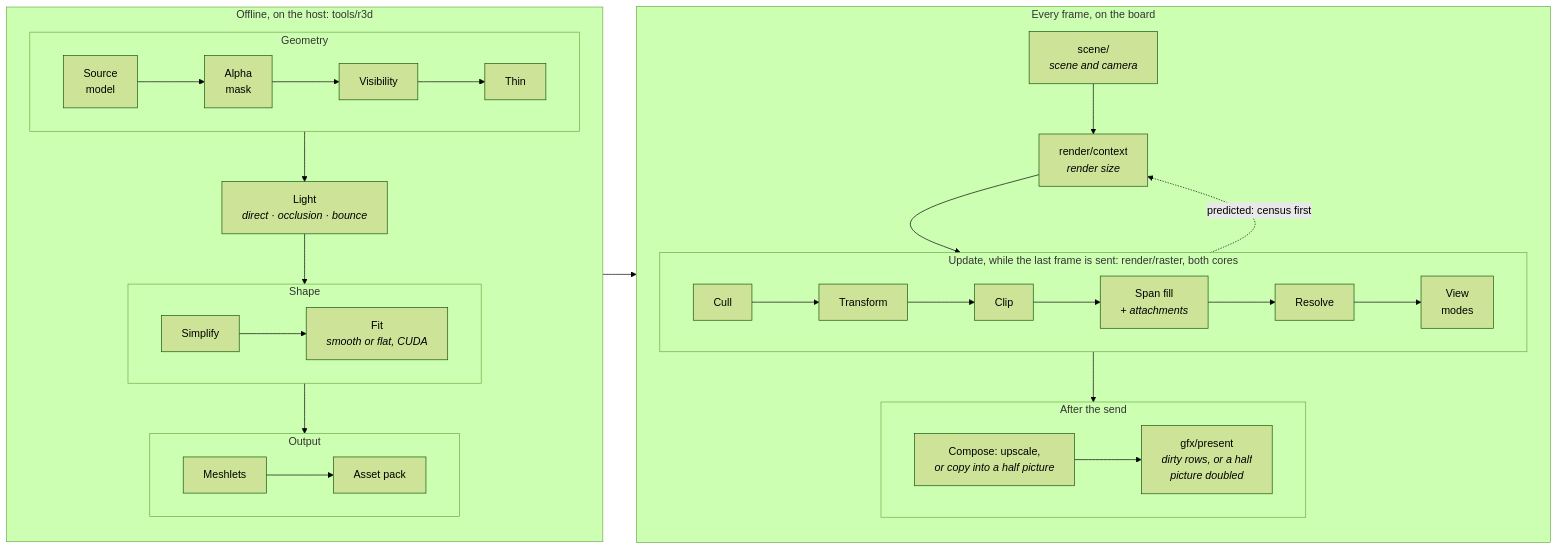
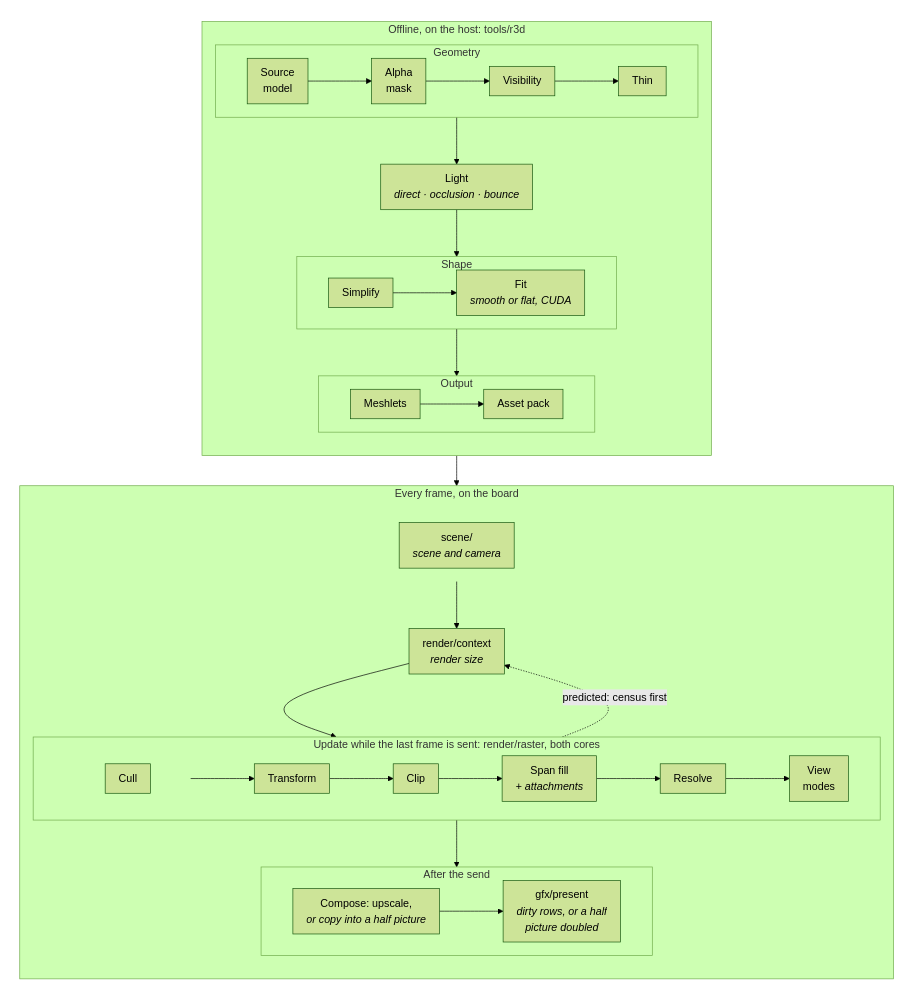
One commit to jose-villegas/autana changed the diagram in docs/render/Render-Pipeline.md. Above: the diagram before and after it, drawn with Mermaid (forest theme). The commit also changed other lines of this file, not shown here.

Commit message:
docs: align render pipeline diagram and contents groups

````diff
--- a/docs/render/Render-Pipeline.md
+++ b/docs/render/Render-Pipeline.md
@@ -35,37 +40,49 @@
 ```mermaid
+%%{init: {'flowchart': {'nodeSpacing': 20, 'rankSpacing': 20, 'padding': 10}}}%%
 flowchart LR
-    subgraph Host["Offline, on the host: tools/r3d"]
+    subgraph Pipeline[" "]
         direction TB
-        subgraph Geometry["Geometry"]
-            direction LR
-            Src["Source<br/>model"] --> Mask["Alpha<br/>mask"] --> Vis["Visibility"] --> Thin["Thin"]
+        subgraph Host["Offline, on the host: tools/r3d"]
+            direction TB
+            subgraph Geometry["Geometry"]
+                direction LR
+                Src["Source<br/>model"] --> Mask["Alpha<br/>mask"] --> Vis["Visibility"] --> Thin["Thin"]
+            end
+            Light["Light<br/><i>direct · occlusion · bounce</i>"]
+            subgraph Shape["Shape"]
+                direction LR
+                Simp["Simplify"] --> Fit["Fit<br/><i>smooth or flat, CUDA</i>"]
+            end
+            subgraph Output["Output"]
+                direction LR
+                Mesh["Meshlets"] --> Pack["Asset pack"]
+            end
+            Geometry --> Light --> Shape --> Output
         end
-        Light["Light<br/><i>direct · occlusion · bounce</i>"]
-        subgraph Shape["Shape"]
-            direction LR
-            Simp["Simplify"] --> Fit["Fit<br/><i>smooth or flat, CUDA</i>"]
+        subgraph Board["Every frame, on the board"]
+            direction TB
+            subgraph SceneOwner[" "]
+                Scene["scene/<br/><i>scene and camera</i>"]
+            end
+            SceneOwner --> Size["render/context<br/><i>render size</i>"]
+            subgraph Update["Update while the last frame is sent: render/raster, both cores"]
+                direction LR
+                subgraph Census[" "]
+                    Cull["Cull"]
+                end
+                Census --> Xf["Transform"] --> Clip["Clip"] --> Fill["Span fill<br/><i>+ attachments</i>"] --> Res["Resolve"] --> View["View<br/>modes"]
+            end
+            subgraph After["After the send"]
+                direction LR
+                Up["Compose: upscale,<br/><i>or copy into a half picture</i>"] --> Present["gfx/present<br/><i>dirty rows, or a half<br/>picture doubled</i>"]
+            end
+            Size --> Census
+            Census -. "predicted: census first" .-> Size
+            Update --> After
         end
-        subgraph Output["Output"]
-            direction LR
-            Mesh["Meshlets"] --> Pack["Asset pack"]
-        end
-        Thin --> Light --> Simp
-        Fit --> Mesh
+        Output --> SceneOwner
     end
-    subgraph Board["Every frame, on the board"]
-        direction TB
-        Scene["scene/<br/><i>scene and camera</i>"] --> Size["render/context<br/><i>render size</i>"]
-        subgraph Update["Update, while the last frame is sent: render/raster, both cores"]
-            direction LR
-            Cull["Cull"] --> Xf["Transform"] --> Clip["Clip"] --> Fill["Span fill<br/><i>+ attachments</i>"] --> Res["Resolve"] --> View["View<br/>modes"]
-        end
-        subgraph After["After the send"]
-            direction LR
-            Up["Compose: upscale,<br/><i>or copy into a half picture</i>"] --> Present["gfx/present<br/><i>dirty rows, or a half<br/>picture doubled</i>"]
-        end
-        Size --> Cull
-        Cull -. "predicted: census first" .-> Size
-        View --> Up
-    end
-    Pack --> Scene
+    style Pipeline fill:none,stroke:none
+    style SceneOwner fill:none,stroke:none
+    style Census fill:none,stroke:none
 ```
````
